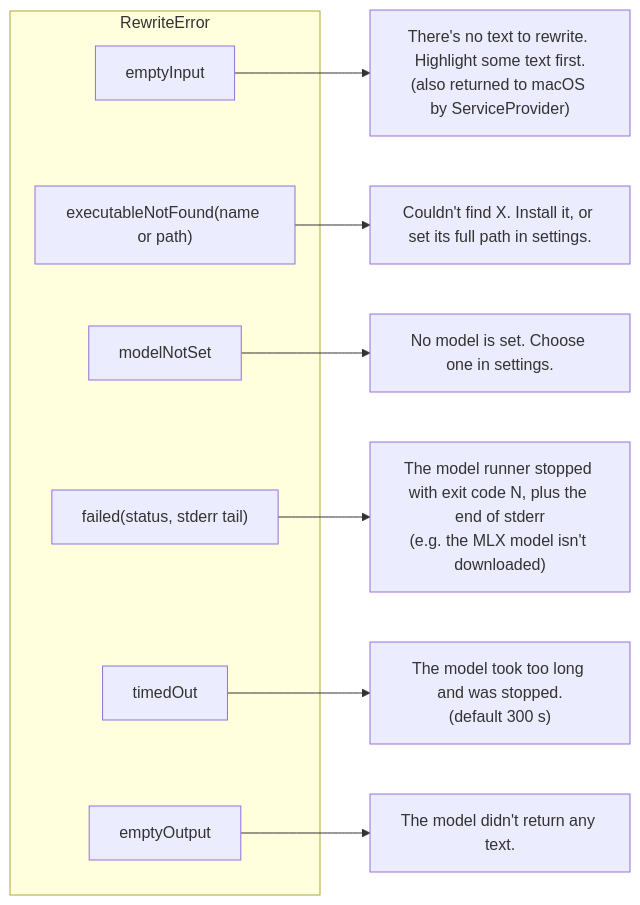
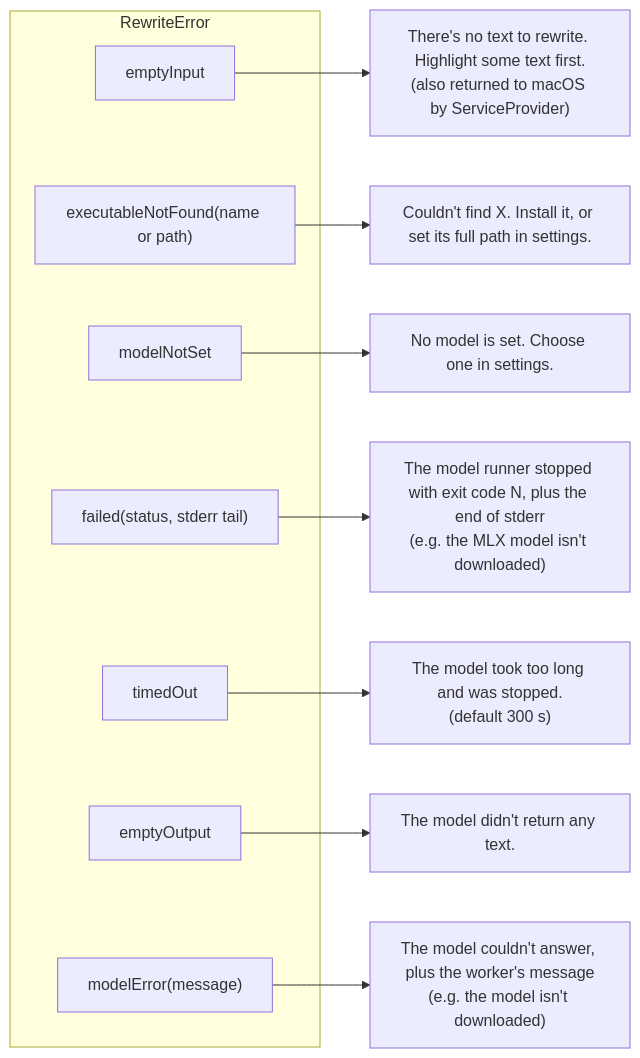
The eighth of 15 diagrams in docs/FLOW_MAPS.md (jdgiles26/prompt-menu), drawn with Mermaid before and after one commit. The commit also changed other lines of this file and 8 other files, not shown here.

````diff
--- a/docs/FLOW_MAPS.md
+++ b/docs/FLOW_MAPS.md
@@ -201,17 +209,19 @@
 ```mermaid
 flowchart LR
     subgraph Thrown["RewriteError"]
         A[emptyInput]
         B["executableNotFound(name or path)"]
         C[modelNotSet]
         D["failed(status, stderr tail)"]
         E[timedOut]
         F[emptyOutput]
+        G["modelError(message)"]
     end
     A --> A1["There's no text to rewrite. Highlight some text first.<br/>(also returned to macOS by ServiceProvider)"]
     B --> B1["Couldn't find X. Install it, or set its full path in settings."]
     C --> C1["No model is set. Choose one in settings."]
     D --> D1["The model runner stopped with exit code N, plus the end of stderr<br/>(e.g. the MLX model isn't downloaded)"]
     E --> E1["The model took too long and was stopped.<br/>(default 300 s)"]
     F --> F1["The model didn't return any text."]
+    G --> G1["The model couldn't answer, plus the worker's message<br/>(e.g. the model isn't downloaded)"]
 ```
````
